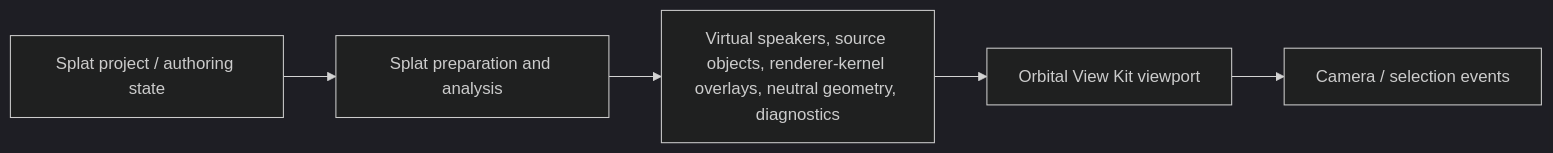
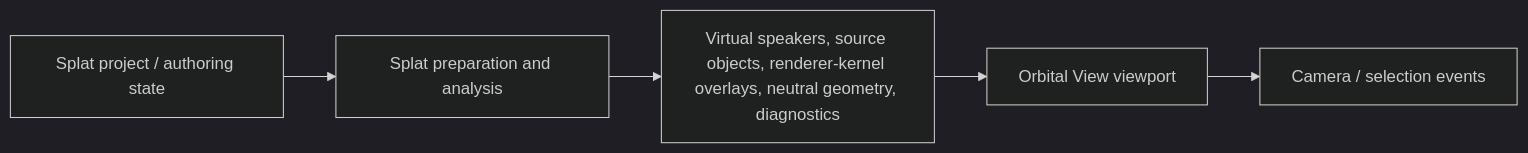
Before and after one commit to jebagu/orbital-view: diagram 12 of 20 in docs/system-flows.md, drawn with Mermaid (dark theme). The commit also changed other lines of this file and 22 other files, not shown here.

First line of the commit message:
Orbital View 1.0

````diff
--- a/docs/system-flows.md
+++ b/docs/system-flows.md
@@ -160,7 +160,7 @@
 ```mermaid
 flowchart LR
   Project["Splat project / authoring state"] --> Prep["Splat preparation and analysis"]
   Prep --> Snapshots["Virtual speakers, source objects, renderer-kernel overlays, neutral geometry, diagnostics"]
-  Snapshots --> Orbital["Orbital View Kit viewport"]
+  Snapshots --> Orbital["Orbital View viewport"]
   Orbital --> Events["Camera / selection events"]
 ```
````
